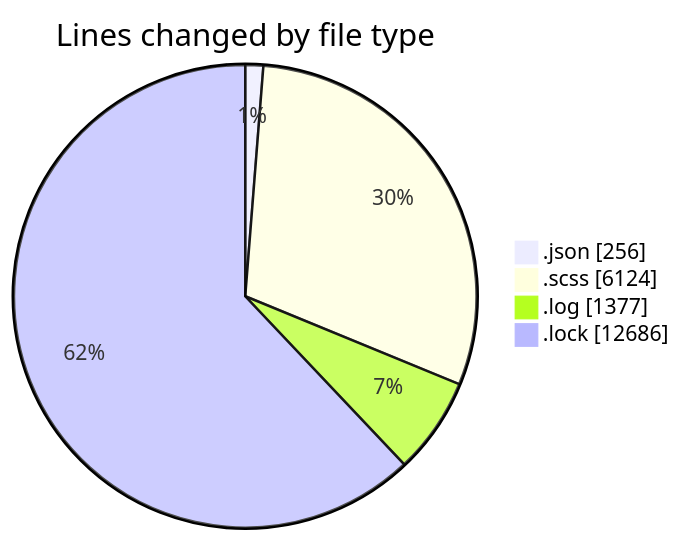
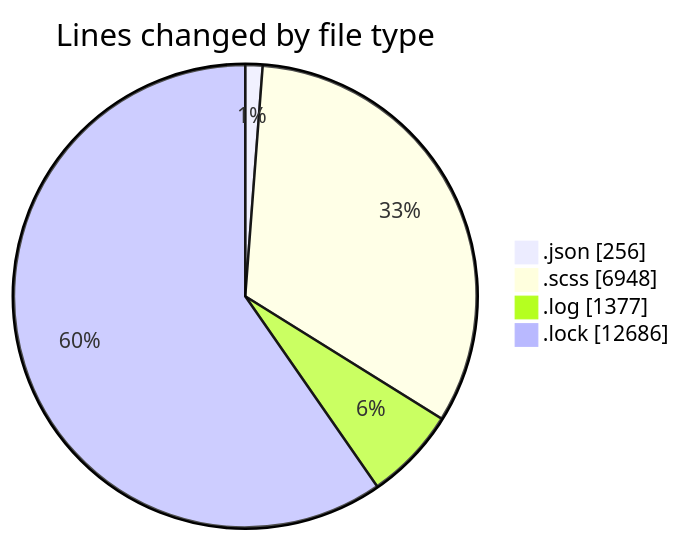
Before and after one commit to momahboobian/code-tracking: the first of 2 diagrams in 2026-01-22/cda/README.md, drawn with Mermaid. The commit also changed other lines of this file and 1 other file, not shown here.

````diff
--- a/2026-01-22/cda/README.md
+++ b/2026-01-22/cda/README.md
@@ -70,8 +79,8 @@
 ```mermaid
 pie showData
 title Lines changed by file type
 ".json" : 256
-".scss" : 6124
+".scss" : 6948
 ".log" : 1377
 ".lock" : 12686
 ```
````
